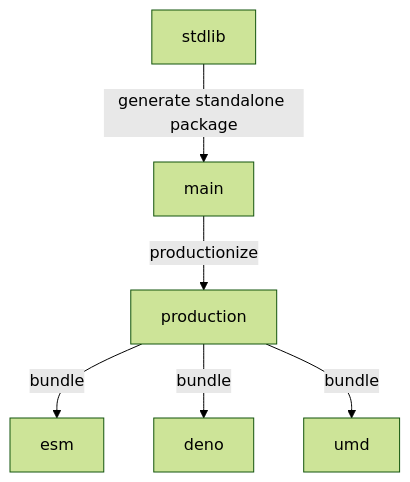
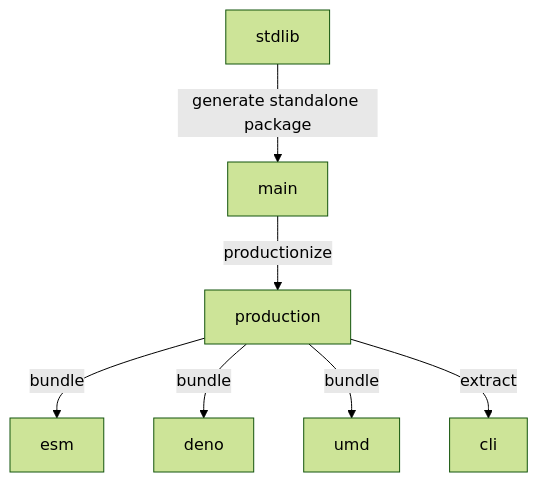
Before and after one commit to stdlib-js/repl-server: the diagram in branches.md, drawn with Mermaid (forest theme). The commit also changed other lines of this file and 15 other files, not shown here.

````diff
--- a/branches.md
+++ b/branches.md
@@ -33,15 +34,17 @@
 ```mermaid
 graph TD;
 A[stdlib]-->|generate standalone package|B;
 B[main] -->|productionize| C[production];
 C -->|bundle| D[esm];
 C -->|bundle| E[deno];
 C -->|bundle| F[umd];
+C -->|extract| G[cli];
 
-click A href "https://github.com/stdlib-js/stdlib/tree/develop/lib/node_modules/%40stdlib/repl/server"
-click B href "https://github.com/stdlib-js/repl-server/tree/main"
-click C href "https://github.com/stdlib-js/repl-server/tree/production"
-click D href "https://github.com/stdlib-js/repl-server/tree/esm"
-click E href "https://github.com/stdlib-js/repl-server/tree/deno"
-click F href "https://github.com/stdlib-js/repl-server/tree/umd"
+%% click A href "https://github.com/stdlib-js/stdlib/tree/develop/lib/node_modules/%40stdlib/repl/server"
+%% click B href "https://github.com/stdlib-js/repl-server/tree/main"
+%% click C href "https://github.com/stdlib-js/repl-server/tree/production"
+%% click D href "https://github.com/stdlib-js/repl-server/tree/esm"
+%% click E href "https://github.com/stdlib-js/repl-server/tree/deno"
+%% click F href "https://github.com/stdlib-js/repl-server/tree/umd"
+%% click G href "https://github.com/stdlib-js/repl-server/tree/cli"
 ```
````
